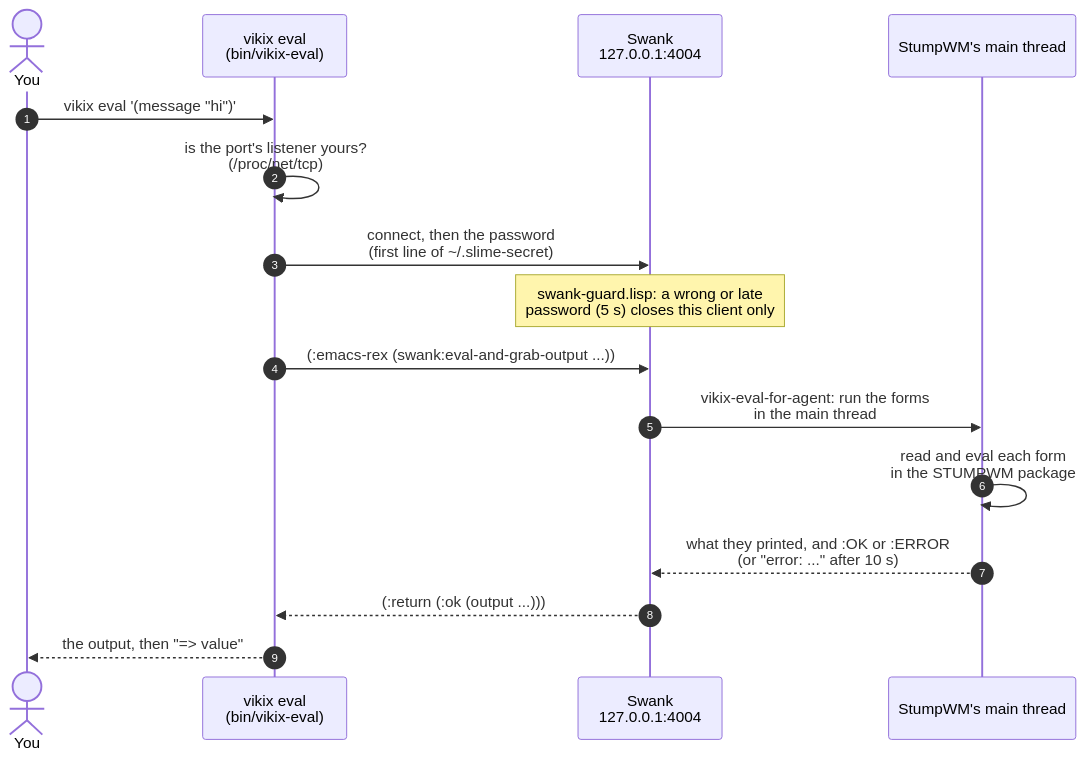
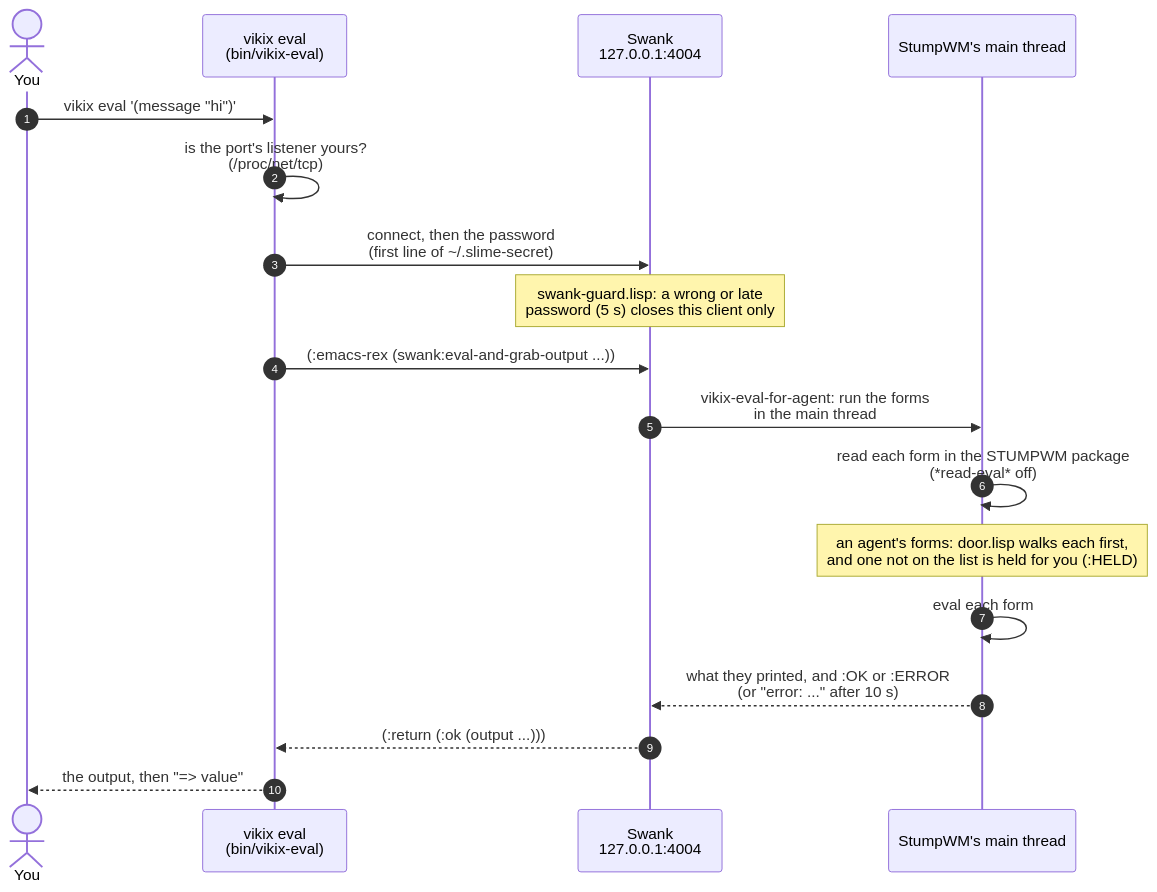
Before and after one commit to vukini/vikix: the diagram in docs/diagrams/vikix-eval.mmd, drawn with Mermaid. The commit also changed 25 other files, not shown here.

First line of the commit message:
The door: an agent's Lisp is checked against one list before it runs (TODO 98)

```diff
--- a/docs/diagrams/vikix-eval.mmd
+++ b/docs/diagrams/vikix-eval.mmd
@@ -1,16 +1,18 @@
 sequenceDiagram
   autonumber
   actor You
   participant E as vikix eval<br/>(bin/vikix-eval)
   participant S as Swank<br/>127.0.0.1:4004
   participant M as StumpWM's main thread
   You->>E: vikix eval '(message "hi")'
   E->>E: is the port's listener yours?<br/>(/proc/net/tcp)
   E->>S: connect, then the password<br/>(first line of ~/.slime-secret)
   Note over S: swank-guard.lisp: a wrong or late<br/>password (5 s) closes this client only
   E->>S: (:emacs-rex (swank:eval-and-grab-output ...))
   S->>M: vikix-eval-for-agent: run the forms<br/>in the main thread
-  M->>M: read and eval each form<br/>in the STUMPWM package
+  M->>M: read each form in the STUMPWM package<br/>(*read-eval* off)
+  Note over M: an agent's forms: door.lisp walks each first,<br/>and one not on the list is held for you (:HELD)
+  M->>M: eval each form
   M-->>S: what they printed, and :OK or :ERROR<br/>(or "error: ..." after 10 s)
   S-->>E: (:return (:ok (output ...)))
   E-->>You: the output, then "=> value"
```
